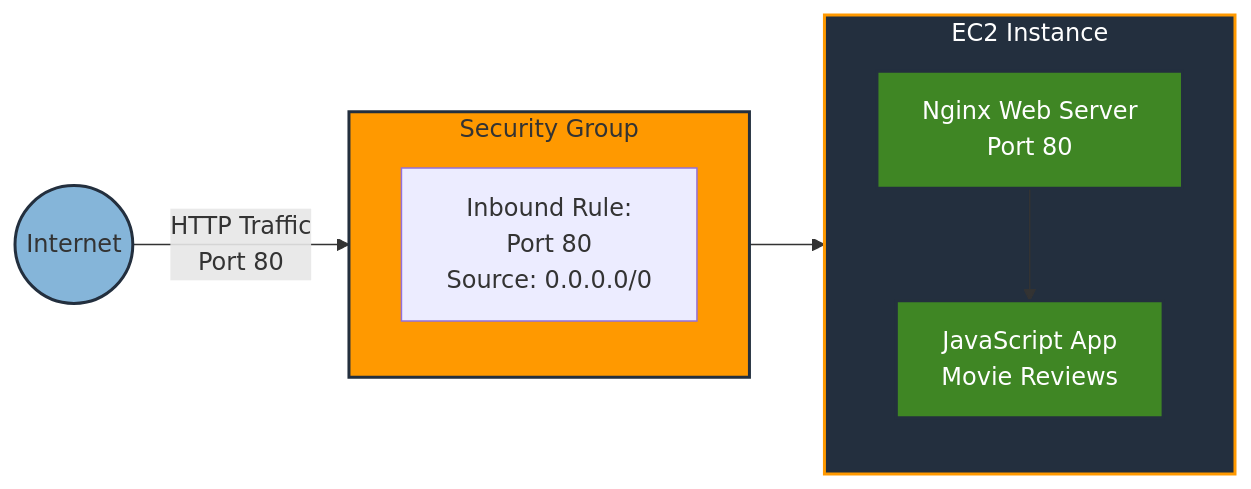
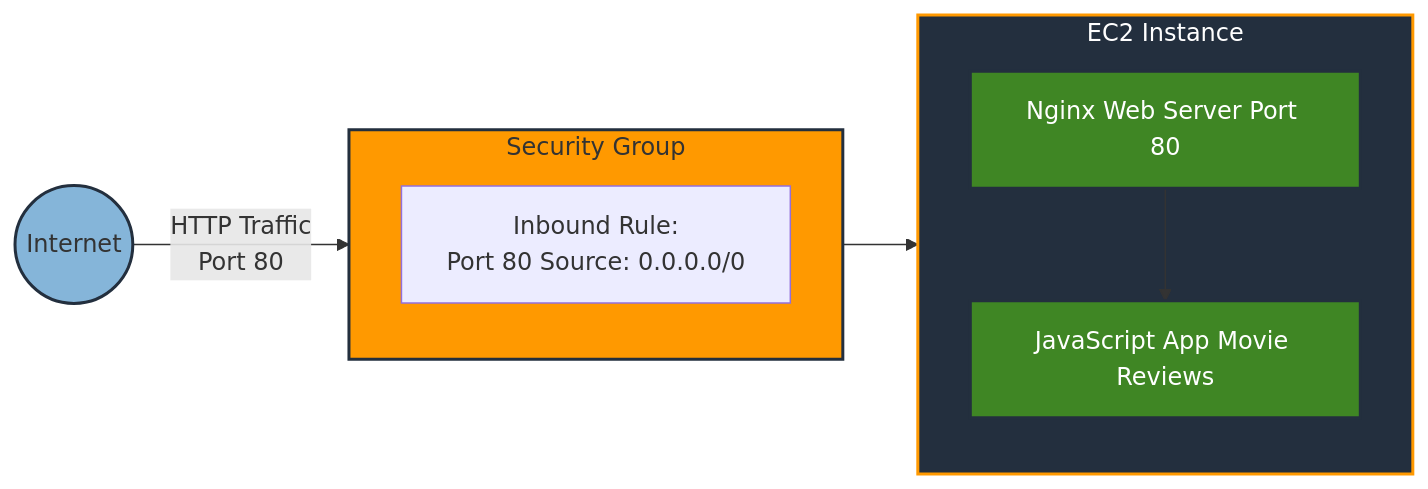
One commit to aidiko20/movieApp changed the diagram in ec2-architecture-detailed.mermaid. Above: the diagram before and after it, drawn with Mermaid.

```diff
--- a/ec2-architecture-detailed.mermaid
+++ b/ec2-architecture-detailed.mermaid
@@ -1,27 +1,27 @@
 flowchart LR
     internet((Internet))
     
     subgraph sg [Security Group]
         direction TB
-        inbound[Inbound Rule:\nPort 80\nSource: 0.0.0.0/0]
+        inbound[Inbound Rule:\nPort 80 Source: 0.0.0.0/0]
     end
     
     subgraph ec2 [EC2 Instance]
         direction TB
-        nginx[Nginx Web Server\nPort 80]
-        app[JavaScript App\nMovie Reviews]
+        nginx[Nginx Web Server Port 80]
+        app[JavaScript App Movie Reviews]
         nginx --> app
     end
     
     internet -->|HTTP Traffic\nPort 80| sg
     sg --> ec2
     
     classDef sgStyle fill:#ff9900,stroke:#232F3E,stroke-width:2px;
     classDef ec2Style fill:#232F3E,stroke:#ff9900,stroke-width:2px,color:white;
     classDef componentStyle fill:#3F8624,stroke:#232F3E,stroke-width:2px,color:white;
     classDef internetStyle fill:#85B5D9,stroke:#232F3E,stroke-width:2px;
     
     class sg sgStyle;
     class ec2 ec2Style;
     class nginx,app componentStyle;
     class internet internetStyle;
```
